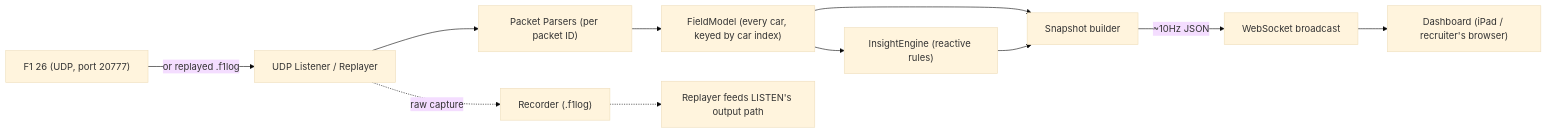
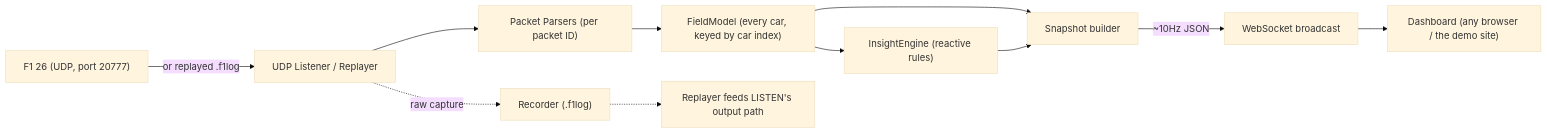
One commit to srikarnadella/f1-race-engineer changed the first of 2 diagrams in PROJECT_SPEC.md. Above: the diagram before and after it, drawn with Mermaid (base theme). The commit also changed other lines of this file and 12 other files, not shown here.

First line of the commit message:
Demo site: a real Monaco race, a cleaner page; docs for the new features

````diff
--- a/PROJECT_SPEC.md
+++ b/PROJECT_SPEC.md
@@ -33,13 +33,13 @@
 ```mermaid
 flowchart LR
     GAME["F1 26 (UDP, port 20777)"] -->|or replayed .f1log| LISTEN["UDP Listener / Replayer"]
     LISTEN --> PARSE["Packet Parsers (per packet ID)"]
     PARSE --> FIELD["FieldModel (every car, keyed by car index)"]
     FIELD --> INSIGHT["InsightEngine (reactive rules)"]
     FIELD --> SNAP["Snapshot builder"]
     INSIGHT --> SNAP
     SNAP -->|~10Hz JSON| WS["WebSocket broadcast"]
-    WS --> DASH["Dashboard (iPad / recruiter's browser)"]
+    WS --> DASH["Dashboard (any browser / the demo site)"]
     LISTEN -.->|raw capture| RECORD["Recorder (.f1log)"]
     RECORD -.-> REPLAY["Replayer feeds LISTEN's output path"]
 ```
````
